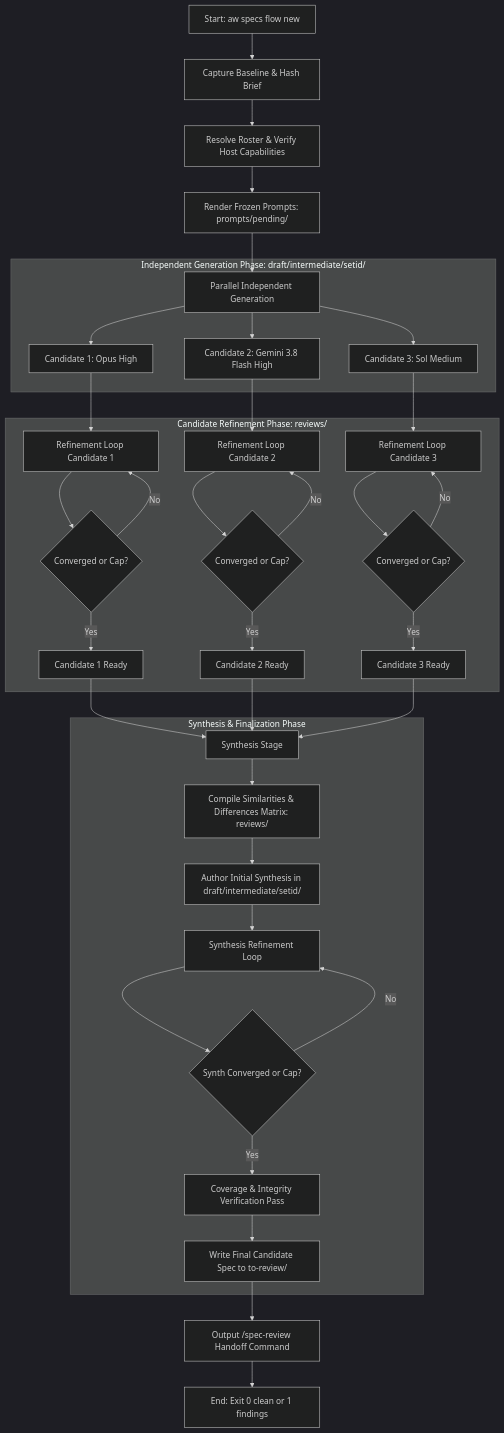
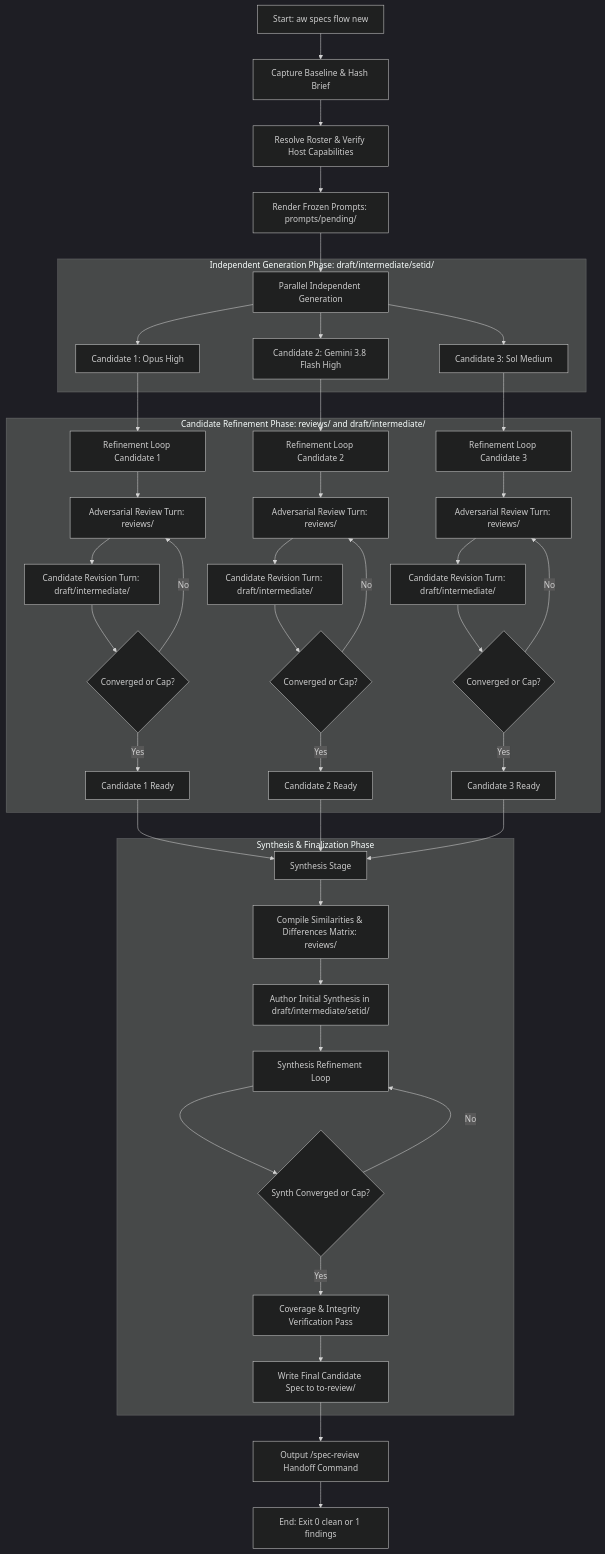
One commit to fariello/agent-workflows changed the second of 4 diagrams in .aw/records/specs/draft/20261024-specflow-01-18hh1u-spec-research-synthesis.spec.md. Above: the diagram before and after it, drawn with Mermaid (dark theme). The commit also changed other lines of this file and 1 other file, not shown here.

Commit message:
docs(specs): refine candidate spec 18hh1u per adversarial review 7h0wag
AW-Runner: aw commit

````diff
--- a/.aw/records/specs/draft/20261024-specflow-01-18hh1u-spec-research-synthesis.spec.md
+++ b/.aw/records/specs/draft/20261024-specflow-01-18hh1u-spec-research-synthesis.spec.md
@@ -600,48 +606,54 @@
 ```mermaid
 flowchart TD
     A[Start: aw specs flow new] --> B[Capture Baseline & Hash Brief]
     B --> C[Resolve Roster & Verify Host Capabilities]
     C --> D[Render Frozen Prompts: prompts/pending/]
     D --> E[Parallel Independent Generation]
 
     subgraph Independent Generation Phase: draft/intermediate/setid/
         E --> E1[Candidate 1: Opus High]
         E --> E2[Candidate 2: Gemini 3.8 Flash High]
         E --> E3[Candidate 3: Sol Medium]
     end
 
     E1 --> F1[Refinement Loop Candidate 1]
     E2 --> F2[Refinement Loop Candidate 2]
     E3 --> F3[Refinement Loop Candidate 3]
 
-    subgraph Candidate Refinement Phase: reviews/
-        F1 --> G1{Converged or Cap?}
-        G1 -- No --> F1
+    subgraph Candidate Refinement Phase: reviews/ and draft/intermediate/
+        F1 --> R1[Adversarial Review Turn: reviews/]
+        R1 --> V1[Candidate Revision Turn: draft/intermediate/]
+        V1 --> G1{Converged or Cap?}
+        G1 -- No --> R1
         G1 -- Yes --> H1[Candidate 1 Ready]
 
-        F2 --> G2{Converged or Cap?}
-        G2 -- No --> F2
+        F2 --> R2[Adversarial Review Turn: reviews/]
+        R2 --> V2[Candidate Revision Turn: draft/intermediate/]
+        V2 --> G2{Converged or Cap?}
+        G2 -- No --> R2
         G2 -- Yes --> H2[Candidate 2 Ready]
 
-        F3 --> G3{Converged or Cap?}
-        G3 -- No --> F3
+        F3 --> R3[Adversarial Review Turn: reviews/]
+        R3 --> V3[Candidate Revision Turn: draft/intermediate/]
+        V3 --> G3{Converged or Cap?}
+        G3 -- No --> R3
         G3 -- Yes --> H3[Candidate 3 Ready]
     end
 
     H1 --> I[Synthesis Stage]
     H2 --> I
     H3 --> I
 
     subgraph Synthesis & Finalization Phase
         I --> J[Compile Similarities & Differences Matrix: reviews/]
         J --> K[Author Initial Synthesis in draft/intermediate/setid/]
         K --> L[Synthesis Refinement Loop]
         L --> M{Synth Converged or Cap?}
         M -- No --> L
         M -- Yes --> N[Coverage & Integrity Verification Pass]
         N --> O[Write Final Candidate Spec to to-review/]
     end
 
     O --> P[Output /spec-review Handoff Command]
     P --> Q[End: Exit 0 clean or 1 findings]
 ```
````
